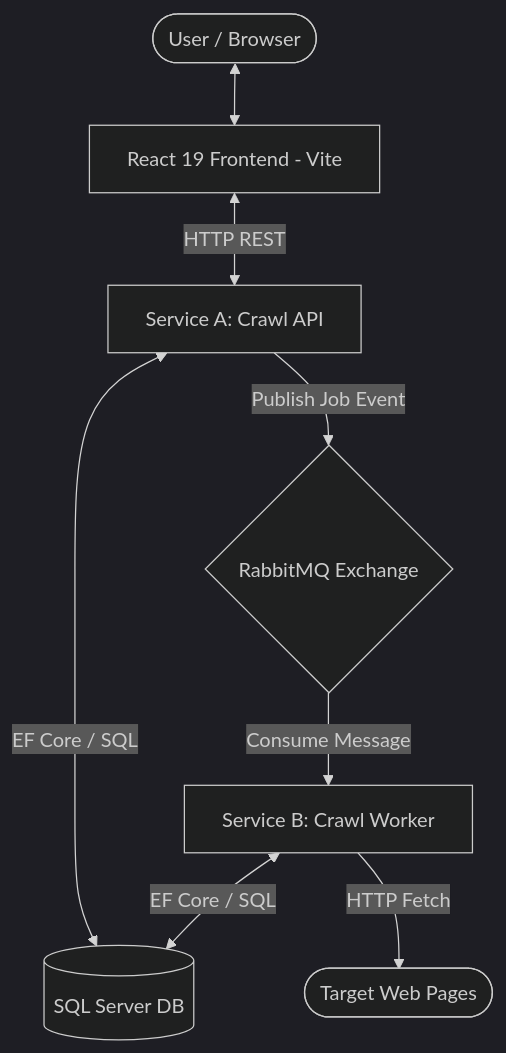
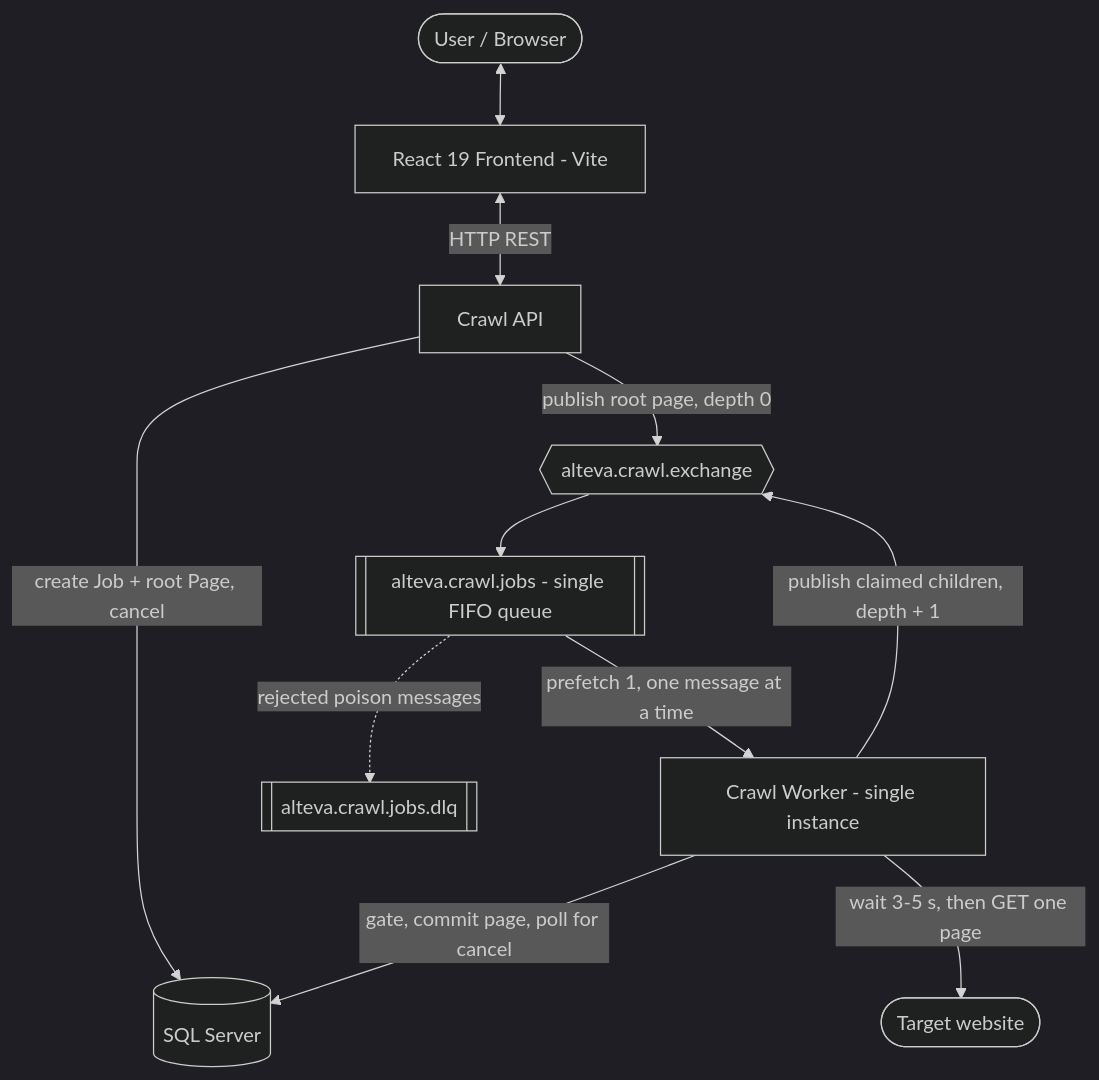
Before and after one commit to Darkanath/ha-alteva-web-crawl: the first of 5 diagrams in dev_content/architecture_notes.md, drawn with Mermaid (dark theme). The commit also changed other lines of this file and 6 other files, not shown here.

````diff
--- a/dev_content/architecture_notes.md
+++ b/dev_content/architecture_notes.md
@@ -13,10 +16,17 @@
 ```mermaid
 graph TD
     User([User / Browser]) <--> ReactUI[React 19 Frontend - Vite]
-    ReactUI <-->|HTTP REST| CrawlApi[Service A: Crawl API]
-    CrawlApi <-->|EF Core / SQL| SqlServer[(SQL Server DB)]
-    CrawlApi -->|Publish Job Event| RabbitMQ{RabbitMQ Exchange}
-    RabbitMQ -->|Consume Message| CrawlWorker[Service B: Crawl Worker]
-    CrawlWorker <-->|EF Core / SQL| SqlServer
-    CrawlWorker -->|HTTP Fetch| TargetWebsites([Target Web Pages])
+    ReactUI <-->|HTTP REST| CrawlApi[Crawl API]
+
+    CrawlApi -->|create Job + root Page, cancel| SqlServer[(SQL Server)]
+    CrawlApi -->|publish root page, depth 0| Exchange{{alteva.crawl.exchange}}
+
+    Exchange --> Queue[[alteva.crawl.jobs - single FIFO queue]]
+    Queue -->|prefetch 1, one message at a time| Worker[Crawl Worker - single instance]
+    Worker -->|publish claimed children, depth + 1| Exchange
+
+    Worker -->|gate, commit page, poll for cancel| SqlServer
+    Worker -->|wait 3-5 s, then GET one page| Target([Target website])
+
+    Queue -.->|rejected poison messages| DLQ[[alteva.crawl.jobs.dlq]]
 ```
````
